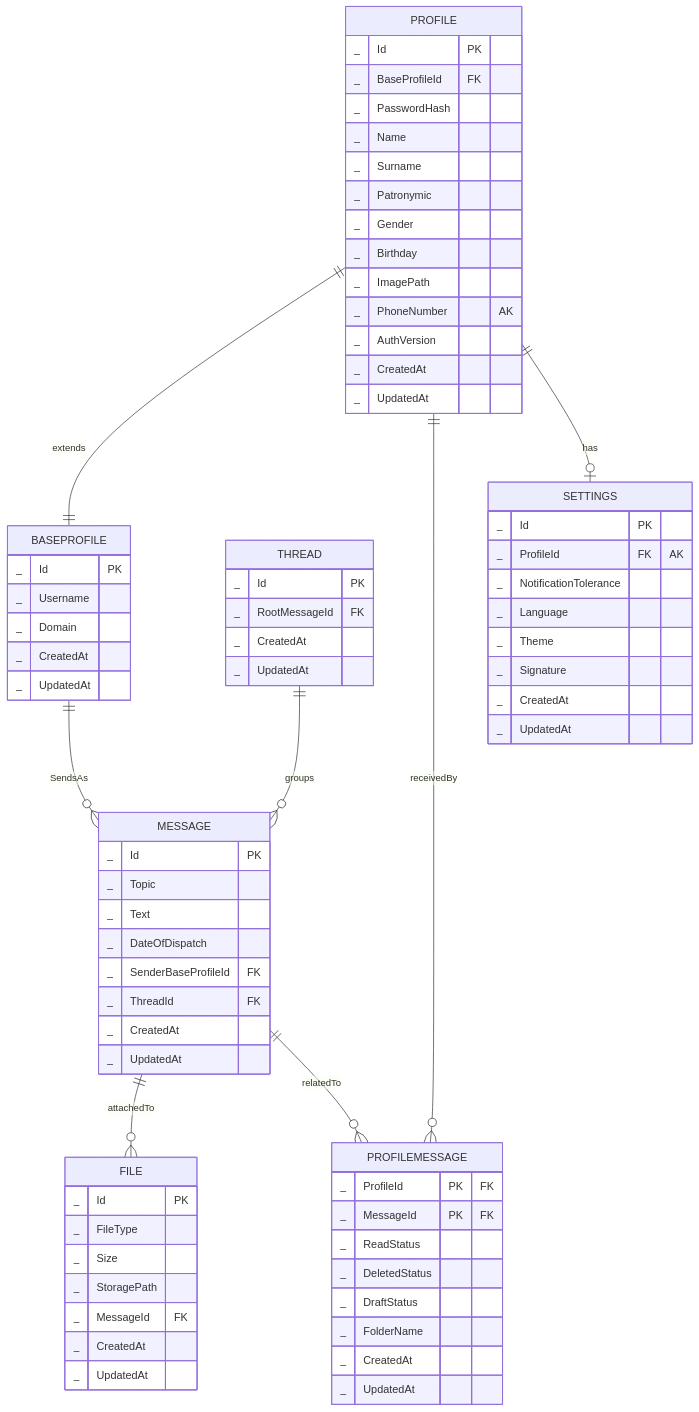
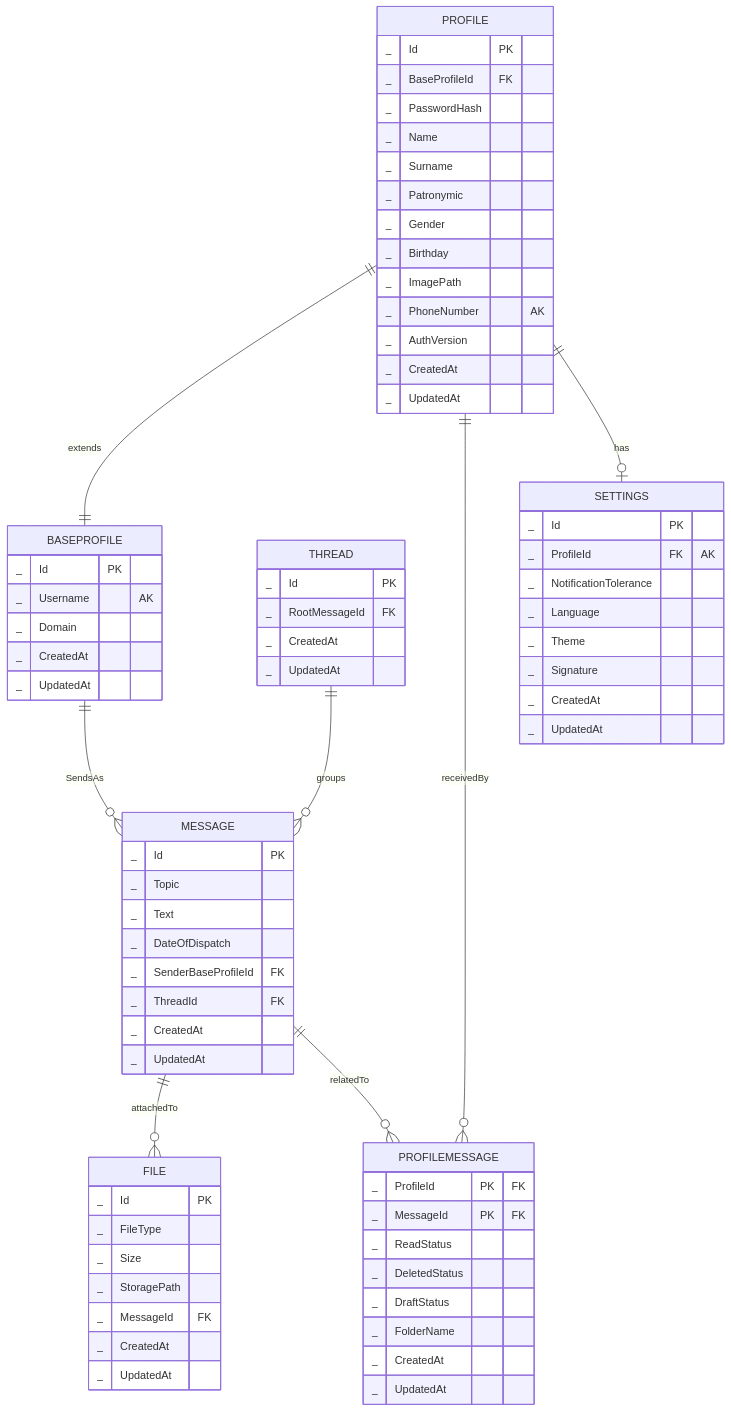
One commit to go-park-mail-ru/2025_2_A4Code changed the second of 2 diagrams in db/normalized/RELATIONS.md. Above: the diagram before and after it, drawn with Mermaid. The commit also changed other lines of this file and 2 other files, not shown here.

Commit message:
fix after review

````diff
--- a/db/normalized/RELATIONS.md
+++ b/db/normalized/RELATIONS.md
@@ -92,78 +92,78 @@
 ```mermaid
 erDiagram
     BASEPROFILE {
         _ Id PK
-        _ Username
+        _ Username "AK"
         _ Domain
         _ CreatedAt
         _ UpdatedAt
     }
     PROFILE {
         _ Id PK
         _ BaseProfileId FK
         _ PasswordHash
         _ Name
         _ Surname
         _ Patronymic
         _ Gender
         _ Birthday
         _ ImagePath
         _ PhoneNumber "AK"
         _ AuthVersion
         _ CreatedAt
         _ UpdatedAt
     }
     MESSAGE {
         _ Id PK
         _ Topic
         _ Text
         _ DateOfDispatch
         _ SenderBaseProfileId FK
         _ ThreadId FK
         _ CreatedAt
         _ UpdatedAt
     }
     THREAD {
         _ Id PK
         _ RootMessageId FK
         _ CreatedAt
         _ UpdatedAt
     }
     FILE {
         _ Id PK
         _ FileType
         _ Size
         _ StoragePath
         _ MessageId FK
         _ CreatedAt
         _ UpdatedAt
     }
     PROFILEMESSAGE {
         _ ProfileId PK "FK"
         _ MessageId PK "FK"
         _ ReadStatus
         _ DeletedStatus
         _ DraftStatus
         _ FolderName 
         _ CreatedAt
         _ UpdatedAt
     }
     SETTINGS {
         _ Id PK
         _ ProfileId FK "AK"
         _ NotificationTolerance
         _ Language
         _ Theme
         _ Signature
         _ CreatedAt
         _ UpdatedAt
     }
 
     PROFILE ||--o| SETTINGS : "has"
     MESSAGE ||--o{ PROFILEMESSAGE : "relatedTo"
     PROFILE ||--o{ PROFILEMESSAGE : "receivedBy"
     MESSAGE ||--o{ FILE : "attachedTo"
     THREAD ||--o{ MESSAGE : "groups"
     PROFILE ||--|| BASEPROFILE : "extends"
     BASEPROFILE ||--o{ MESSAGE : "SendsAs"
 ```
````
